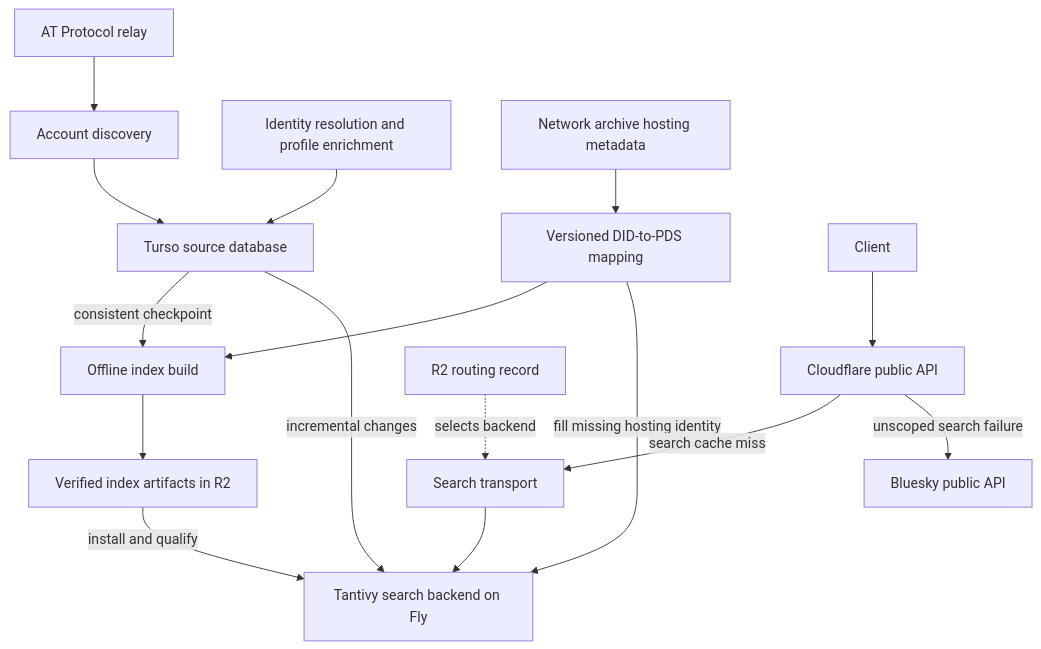
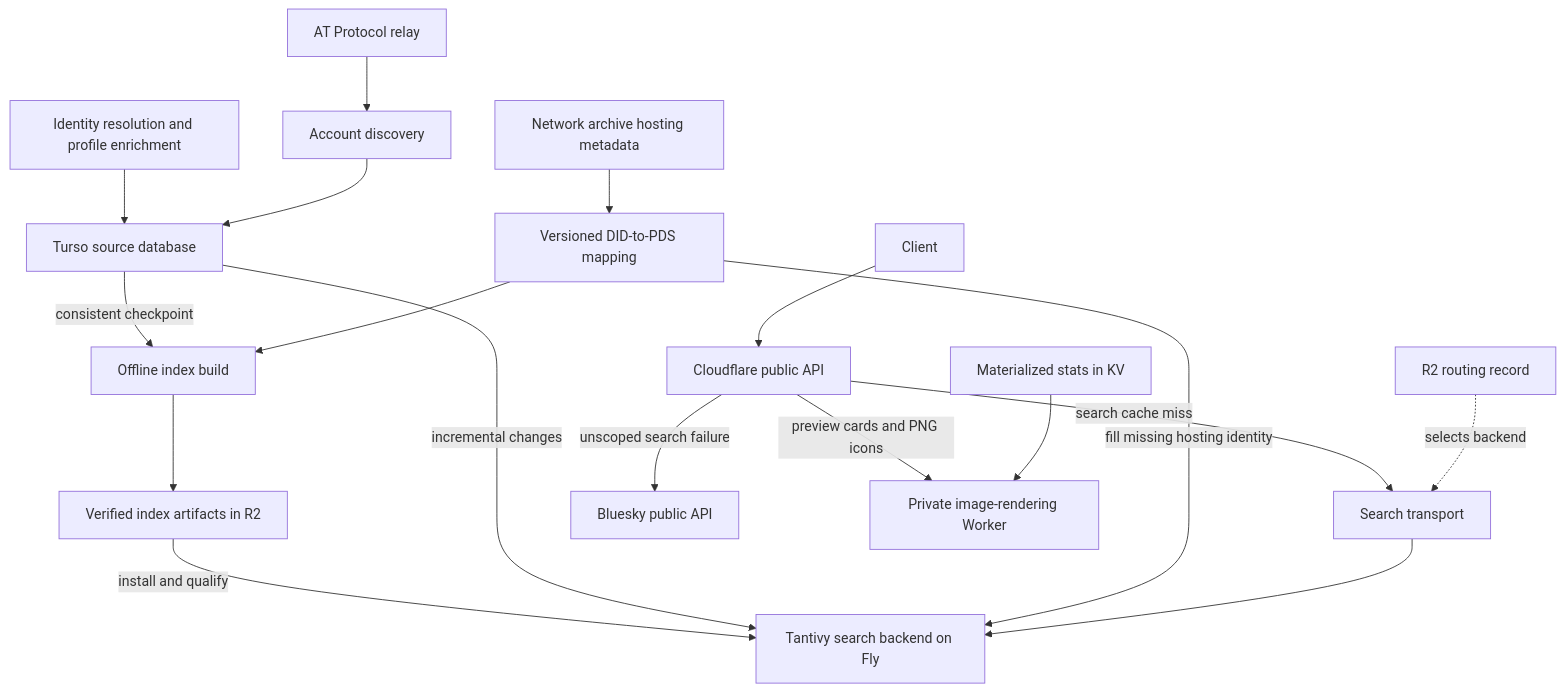
Before and after one commit to zzstoatzz/typeahead: the diagram in docs/architecture.md, drawn with Mermaid. The commit also changed other lines of this file and 16 other files, not shown here.

Commit message:
perf: isolate PNG rendering in a private Worker

````diff
--- a/docs/architecture.md
+++ b/docs/architecture.md
@@ -18,18 +18,20 @@
 ```mermaid
 flowchart TD
     Network[AT Protocol relay] --> Ingest[Account discovery]
     Identity[Identity resolution and profile enrichment] --> Source[Turso source database]
     Ingest --> Source
     Archive[Network archive hosting metadata] --> Mapping[Versioned DID-to-PDS mapping]
     Source -->|consistent checkpoint| Build[Offline index build]
     Mapping --> Build
     Build --> Artifacts[Verified index artifacts in R2]
     Artifacts -->|install and qualify| Search[Tantivy search backend on Fly]
     Source -->|incremental changes| Search
     Mapping -->|fill missing hosting identity| Search
     Client[Client] --> API[Cloudflare public API]
     API -->|search cache miss| Transport[Search transport]
     Route[R2 routing record] -. selects backend .-> Transport
     Transport --> Search
     API -->|unscoped search failure| Bluesky[Bluesky public API]
+    API -->|preview cards and PNG icons| Images[Private image-rendering Worker]
+    Stats[Materialized stats in KV] --> Images
 ```
````
